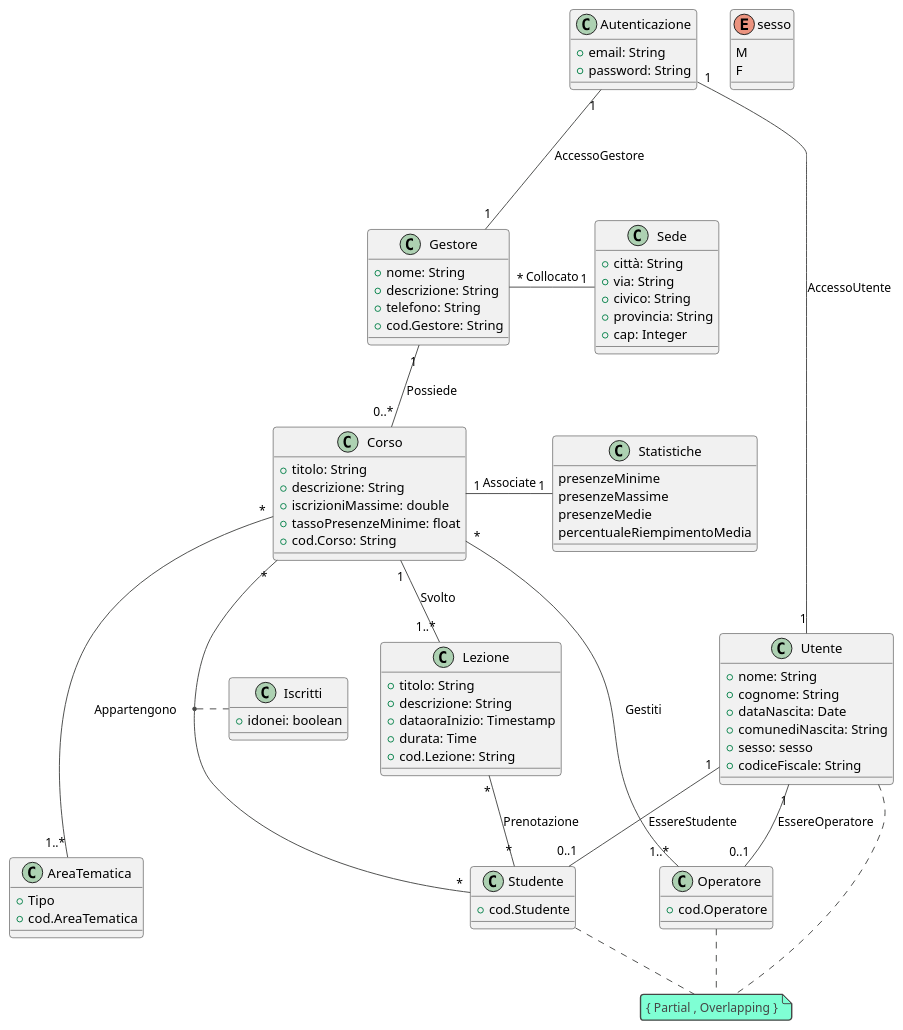
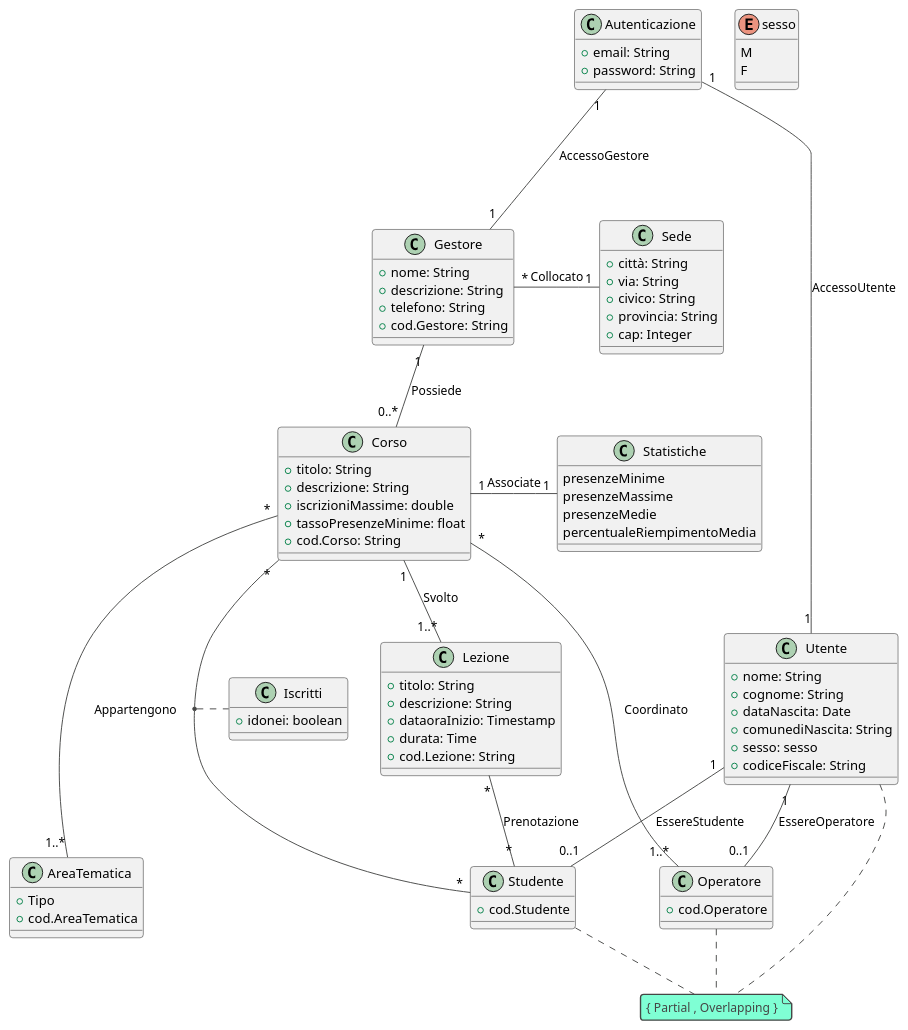
Before and after one commit to agostino-code/OO-BDI-Project: the diagram in UML Ristrutturato.puml, drawn with PlantUML. The commit also changed 43 other files, not shown here.

```diff
--- a/UML Ristrutturato.puml
+++ b/UML Ristrutturato.puml
@@ -1,83 +1,83 @@
 @startuml
 'https://plantuml.com/class-diagram
 !theme vibrant
 class Autenticazione {
   +email: String
   +password: String
 }
 Autenticazione "1" -- "1" Utente:AccessoUtente
 Autenticazione "1" --- "1" Gestore:AccessoGestore
 class Utente{
   +nome: String
   +cognome: String
   +dataNascita: Date
   +comunediNascita: String
   +sesso: sesso
   +codiceFiscale: String
 }
 note "{ Partial , Overlapping }" as N1
 Utente ... N1
 Operatore .. N1
 Studente .. N1
 class Sede {
   +città: String
   +via: String
   +civico: String
   +provincia: String
   +cap: Integer
 }
 class Gestore {
   +nome: String
   +descrizione: String
   +telefono: String
   +cod.Gestore: String
 }
 Gestore "*" - "1" Sede:Collocato
 class Operatore{
   +cod.Operatore
 }
 class Studente{
   +cod.Studente
 }
 enum sesso{
 M
 F
 }
 Utente "1" -- "0..1" Operatore:EssereOperatore
 Utente "1" -- "0..1" Studente:EssereStudente
 Gestore "1" -- "0..*" Corso:Possiede
 Corso "*" -- "*" Studente
-Corso "*" - "1..*" Operatore:Gestiti
+Corso "*" - "1..*" Operatore:Coordinato
 class Corso{
   +titolo: String
   +descrizione: String
   +iscrizioniMassime: double
   +tassoPresenzeMinime: float
   +cod.Corso: String
 }
 class AreaTematica{
   +Tipo
   +cod.AreaTematica
 }
 Corso "*" --- "1..*" AreaTematica:Appartengono
 class Lezione{
   +titolo: String
   +descrizione: String
   +dataoraInizio: Timestamp
   +durata: Time
   +cod.Lezione: String
 }
 Corso "1" -- "1..*" Lezione:Svolto
 (Corso, Studente) .. Iscritti
 Lezione "*" -- "*" Studente:Prenotazione
 class Iscritti{
 +idonei: boolean
 }
 class Statistiche{
   presenzeMinime
   presenzeMassime
   presenzeMedie
   percentualeRiempimentoMedia
 }
 Corso "1" - "1" Statistiche:Associate
 @enduml
```
